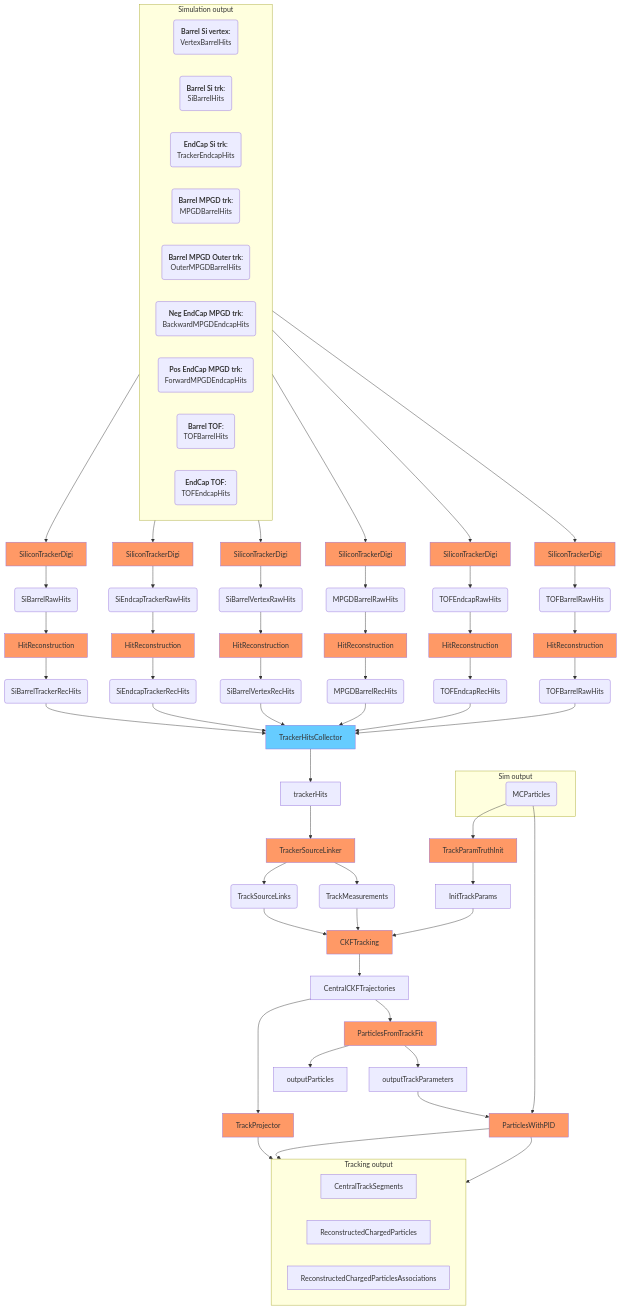
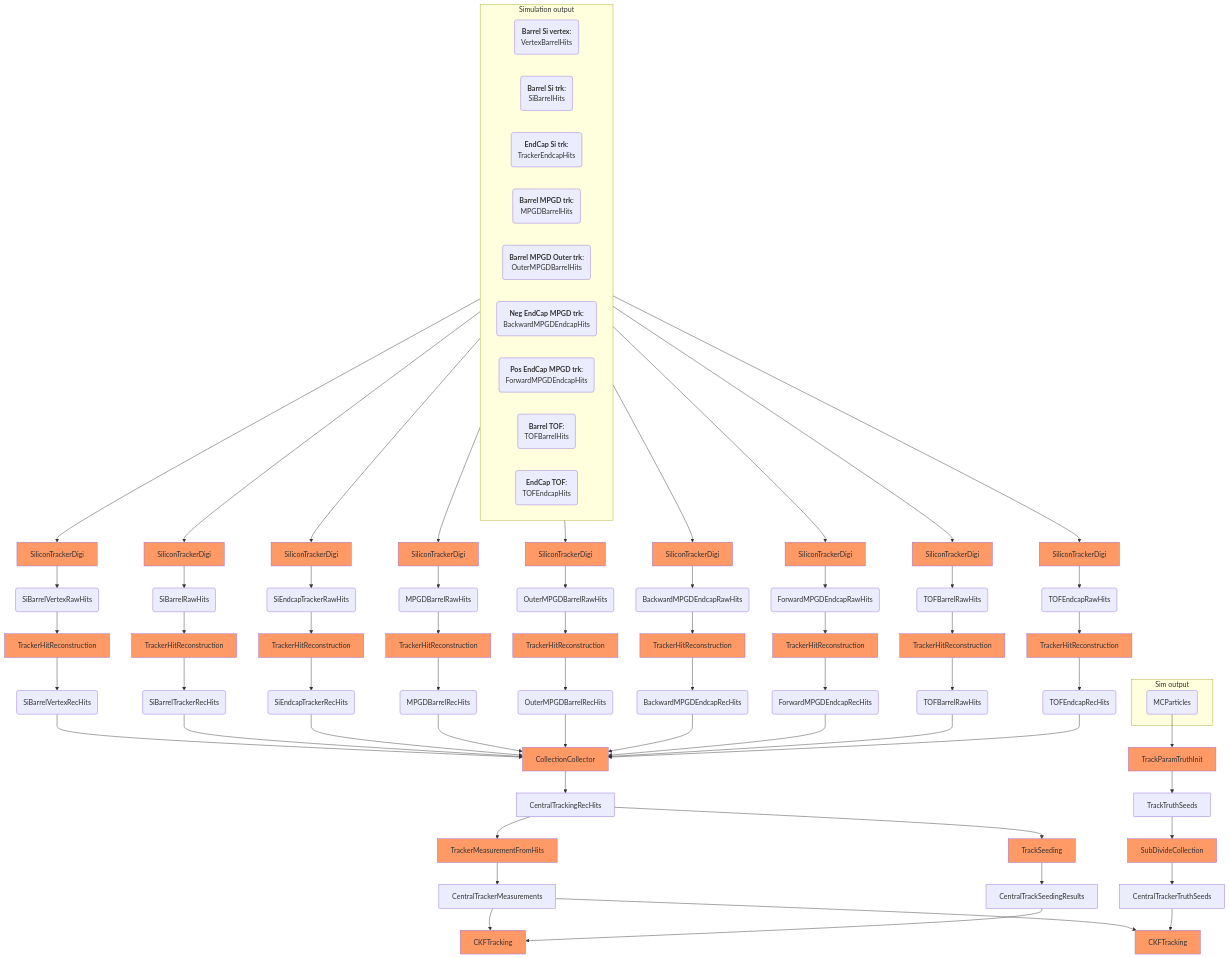
The second of 2 diagrams in docs/design/tracking.md (eic/EICrecon), drawn with Mermaid before and after one commit. The commit also changed other lines of this file, not shown here.

````diff
--- a/docs/design/tracking.md
+++ b/docs/design/tracking.md
@@ -69,83 +69,86 @@
 
   BVTXSimHits --> TrackerDigi1[SiliconTrackerDigi]:::alg
   TrackerDigi1 --> VertexBarrelRawHits(SiBarrelVertexRawHits)
-  VertexBarrelRawHits --> TrackerHitReconstruction1[HitReconstruction]:::alg
+  VertexBarrelRawHits --> TrackerHitReconstruction1[TrackerHitReconstruction]:::alg
   TrackerHitReconstruction1 --> VertexBarrelRecHits(SiBarrelVertexRecHits)
 
   BTRKSimHits -->  TrackerDigi2[SiliconTrackerDigi]:::alg
   TrackerDigi2 --> TrackerBarrelRawHits(SiBarrelRawHits)
-  TrackerBarrelRawHits --> TrackerHitReconstruction2[HitReconstruction]:::alg
+  TrackerBarrelRawHits --> TrackerHitReconstruction2[TrackerHitReconstruction]:::alg
   TrackerHitReconstruction2 --> TrackerBarrelRecHits(SiBarrelTrackerRecHits)
 
   ECTRKSimHits -->  TrackerDigi3[SiliconTrackerDigi]:::alg
   TrackerDigi3 --> TrackerEndcapRawHits(SiEndcapTrackerRawHits)
-  TrackerEndcapRawHits --> TrackerHitReconstruction3[HitReconstruction]:::alg
+  TrackerEndcapRawHits --> TrackerHitReconstruction3[TrackerHitReconstruction]:::alg
   TrackerHitReconstruction3 --> TrackerEndcapRecHits(SiEndcapTrackerRecHits)
 
-  BMPGDSimHits -->   MPGDTrackerDigi1[SiliconTrackerDigi]:::alg
-  MPGDTrackerDigi1 --> MPGDTrackerBarrelRawHits(MPGDBarrelRawHits)
-  MPGDTrackerBarrelRawHits --> MPGDTrackerReconstruction1[HitReconstruction]:::alg
-  MPGDTrackerReconstruction1 --> MPGDTrackerBarrelRecHits(MPGDBarrelRecHits)
+  BMPGDSimHits -->   MPGDTrackerBarrelDigi[SiliconTrackerDigi]:::alg
+  MPGDTrackerBarrelDigi --> MPGDTrackerBarrelRawHits(MPGDBarrelRawHits)
+  MPGDTrackerBarrelRawHits --> MPGDTrackerBarrelReconstruction[TrackerHitReconstruction]:::alg
+  MPGDTrackerBarrelReconstruction --> MPGDTrackerBarrelRecHits(MPGDBarrelRecHits)
+
+  OBMPGDSimHits -->   MPGDTrackerOutBarrelDigi[SiliconTrackerDigi]:::alg
+  MPGDTrackerOutBarrelDigi --> MPGDTrackerOutBarrelRawHits(OuterMPGDBarrelRawHits)
+  MPGDTrackerOutBarrelRawHits --> MPGDTrackerOutBarrelReconstruction[TrackerHitReconstruction]:::alg
+  MPGDTrackerOutBarrelReconstruction --> MPGDTrackerOutBarrelRecHits(OuterMPGDBarrelRecHits)
+
+  ECNMPGDSimHits -->   MPGDTrackerECNDigi[SiliconTrackerDigi]:::alg
+  MPGDTrackerECNDigi --> MPGDTrackerECNRawHits(BackwardMPGDEndcapRawHits)
+  MPGDTrackerECNRawHits --> MPGDTrackerECNReconstruction[TrackerHitReconstruction]:::alg
+  MPGDTrackerECNReconstruction --> MPGDTrackerECNRecHits(BackwardMPGDEndcapRecHits)
+
+  ECPMPGDSimHits -->   MPGDTrackerECPDigi[SiliconTrackerDigi]:::alg
+  MPGDTrackerECPDigi --> MPGDTrackerECPRawHits(ForwardMPGDEndcapRawHits)
+  MPGDTrackerECPRawHits --> MPGDTrackerECPReconstruction[TrackerHitReconstruction]:::alg
+  MPGDTrackerECPReconstruction --> MPGDTrackerECPRecHits(ForwardMPGDEndcapRecHits)
 
   BTOFSimHits --> BTOFTrackerDigi[SiliconTrackerDigi]:::alg
   BTOFTrackerDigi --> BTOFRawHits(TOFBarrelRawHits)
-  BTOFRawHits --> BTOFHitReconstruction[HitReconstruction]:::alg
+  BTOFRawHits --> BTOFHitReconstruction[TrackerHitReconstruction]:::alg
   BTOFHitReconstruction --> BTOFRecHits(TOFBarrelRawHits)
 
   ECTOFSimHits --> ECTOFTrackerDigi[SiliconTrackerDigi]:::alg
   ECTOFTrackerDigi --> ECTOFRawHits(TOFEndcapRawHits)
-  ECTOFRawHits --> ECTOFHitReconstruction[HitReconstruction]:::alg
+  ECTOFRawHits --> ECTOFHitReconstruction[TrackerHitReconstruction]:::alg
   ECTOFHitReconstruction --> ECTOFRecHits(TOFEndcapRecHits)
 
-  TrackerHitsCollector[TrackerHitsCollector]:::col
+  TrackerHitsCollector[CollectionCollector]:::alg
 
+  VertexBarrelRecHits --> TrackerHitsCollector
   TrackerBarrelRecHits --> TrackerHitsCollector
   TrackerEndcapRecHits --> TrackerHitsCollector
-  VertexBarrelRecHits --> TrackerHitsCollector
   MPGDTrackerBarrelRecHits --> TrackerHitsCollector
+  MPGDTrackerOutBarrelRecHits --> TrackerHitsCollector
+  MPGDTrackerECNRecHits --> TrackerHitsCollector
+  MPGDTrackerECPRecHits --> TrackerHitsCollector
+  BTOFRecHits --> TrackerHitsCollector
   ECTOFRecHits --> TrackerHitsCollector
-  BTOFRecHits --> TrackerHitsCollector
 
+  TrackerHitsCollector --> CentralTrackingRecHits
+  CentralTrackingRecHits --> TrackerHitsConverter[TrackerMeasurementFromHits]:::alg
+  TrackerHitsConverter --> TrackerHitsOnSurface[CentralTrackerMeasurements]
 
-  TrackerHitsCollector --> trackerHits
-  trackerHits --> TrackerSourceLinker[TrackerSourceLinker]:::alg
+  CentralTrackingRecHits --> TrackSeeding[TrackSeeding]:::alg
+  TrackSeeding --> SeedParameters[CentralTrackSeedingResults]
 
-  TrackerSourceLinker --> TrackSourceLinks(TrackSourceLinks)
-  TrackerSourceLinker --> TrackMeasurements(TrackMeasurements)
+  CKFTracking:::alg
+  TrackerHitsOnSurface --> CKFTracking
+  SeedParameters --> CKFTracking
 
   subgraph Sim output
     MCParticles(MCParticles)
   end
 
   MCParticles --> TrackParamTruthInit[TrackParamTruthInit]:::alg
-  TrackParamTruthInit --> InitTrackParams
+  TrackParamTruthInit --> TrackTruthSeeds
 
-  TrackSourceLinks --> CKFTracking[CKFTracking]:::alg
-  TrackMeasurements --> CKFTracking
-  InitTrackParams --> CKFTracking
-  CKFTracking --> CentralCKFTrajectories
+  TrackTruthSeeds --> SubDivideCollection:::alg
+  SubDivideCollection --> CentralTrackerTruthSeeds
 
-  CentralCKFTrajectories --> ParticlesFromTrackFit[ParticlesFromTrackFit]:::alg
-  ParticlesFromTrackFit --> outputTrackParameters
-  ParticlesFromTrackFit --> outputParticles
+  CKFTrackingTruthSeeded[CKFTracking]:::alg
 
-
-      CentralCKFTrajectories --> TrackProjector[TrackProjector]:::alg
-  TrackProjector --> CentralTrackSegments
-
-  outputTrackParameters --> ParticlesWithPID[ParticlesWithPID]:::alg
-  MCParticles --> ParticlesWithPID
-  ParticlesWithPID --> ReconstructedChargedParticles
-  ParticlesWithPID --> ReconstructedChargedParticlesAssociations
-
-
-
-  subgraph Tracking output
-    direction LR
-    CentralTrackSegments
-    ReconstructedChargedParticles
-    ReconstructedChargedParticlesAssociations
-
-  end
+  TrackerHitsOnSurface --> CKFTrackingTruthSeeded
+  CentralTrackerTruthSeeds --> CKFTrackingTruthSeeded
+  
 
 ```
````
